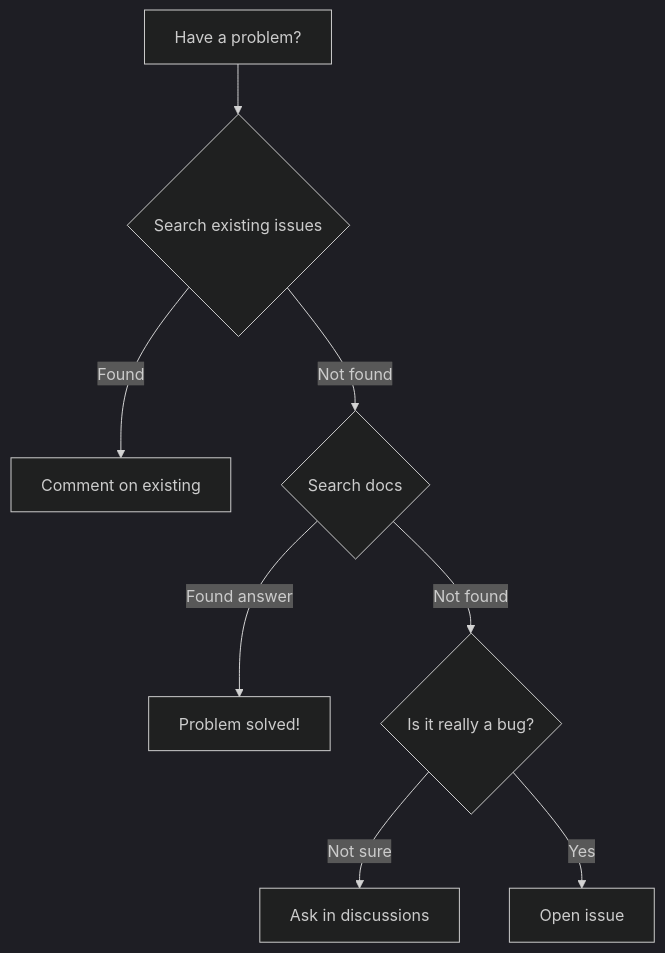
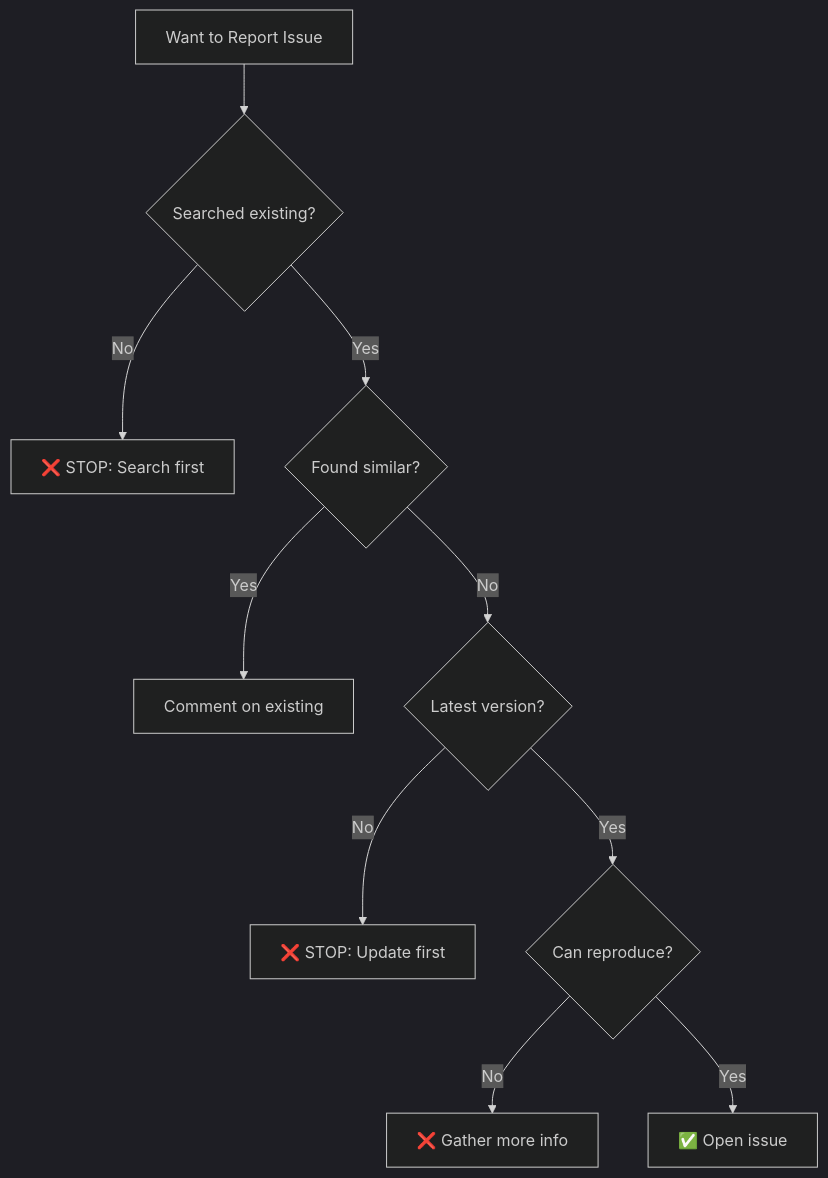
One commit to algosourceio/algosource-docs changed the first of 2 diagrams in content/docs/04_issues-prs/4b_raising-issues.mdx. Above: the diagram before and after it, drawn with Mermaid (dark theme). The commit also changed other lines of this file and 68 other files, not shown here.

````diff
--- a/content/docs/04_issues-prs/4b_raising-issues.mdx
+++ b/content/docs/04_issues-prs/4b_raising-issues.mdx
@@ -24,10 +28,12 @@
 ```mermaid
 flowchart TD
-    A[Have a problem?] --> B{Search existing issues}
-    B -->|Found| C[Comment on existing]
-    B -->|Not found| D{Search docs}
-    D -->|Found answer| E[Problem solved!]
-    D -->|Not found| F{Is it really a bug?}
-    F -->|Not sure| G[Ask in discussions]
-    F -->|Yes| H[Open issue]
+    A[Want to Report Issue] --> B{Searched existing?}
+    B -->|No| C[❌ STOP: Search first]
+    B -->|Yes| D{Found similar?}
+    D -->|Yes| E[Comment on existing]
+    D -->|No| F{Latest version?}
+    F -->|No| G[❌ STOP: Update first]
+    F -->|Yes| H{Can reproduce?}
+    H -->|No| I[❌ Gather more info]
+    H -->|Yes| J[✅ Open issue]
 ```
````
